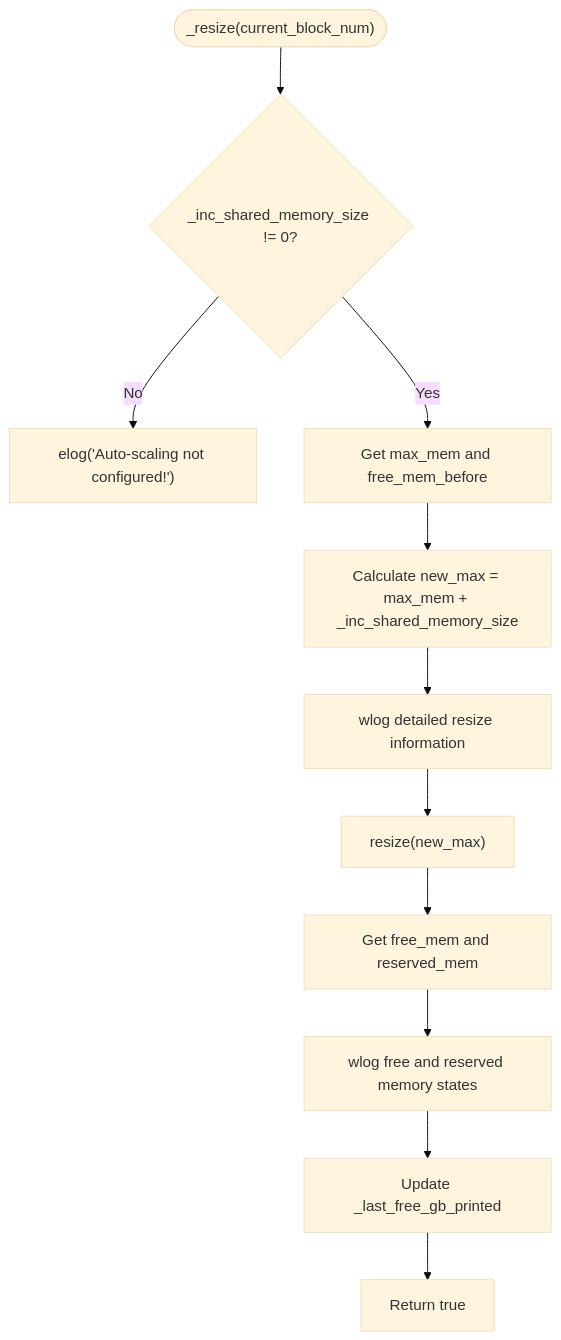
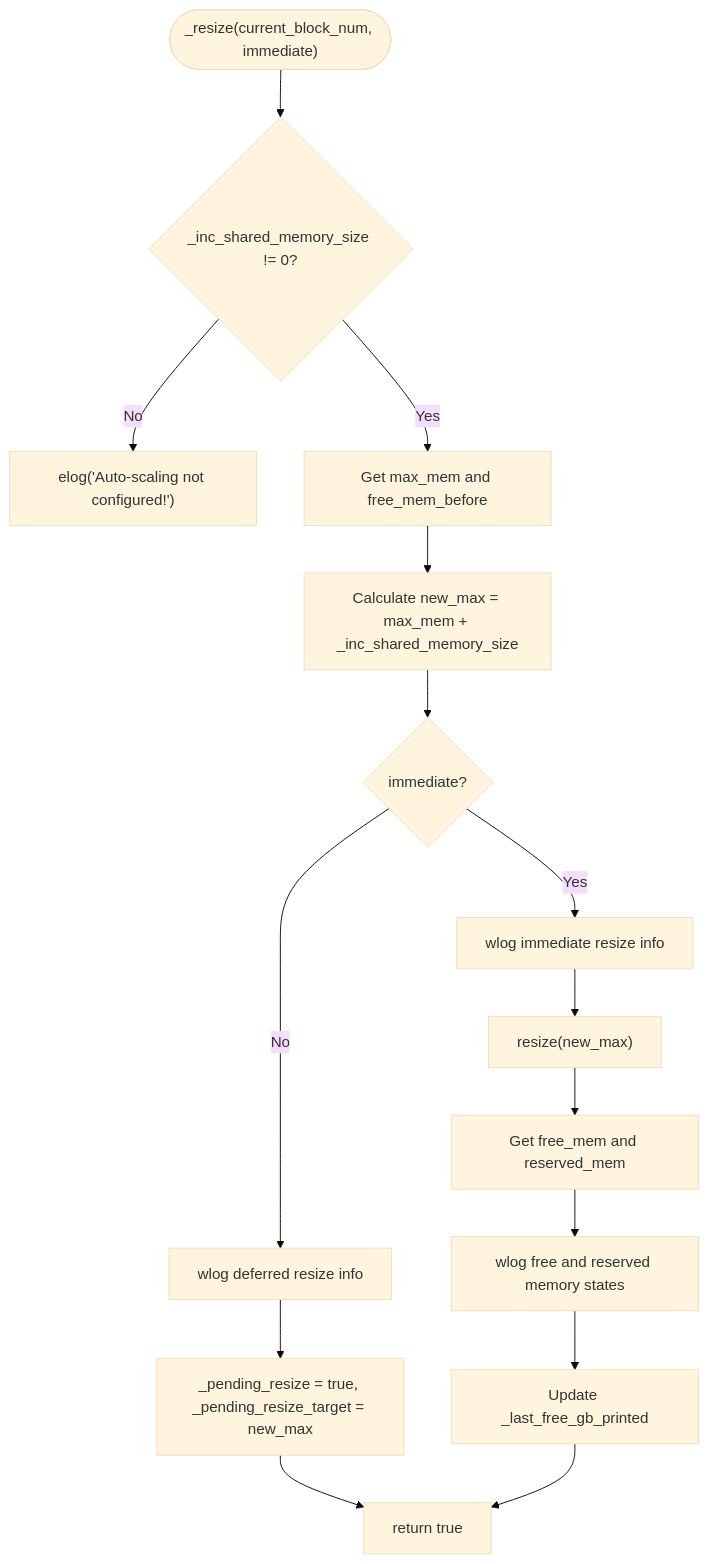
Before and after one commit to VIZ-Blockchain/viz-cpp-node: diagram 13 of 22 in .qoder/repowiki/en/content/Architecture Overview/Core Libraries/Chain Library/Database Management/Database Management.md, drawn with Mermaid (base theme). The commit also changed other lines of this file and 6 other files, not shown here.

First line of the commit message:
feat(database): implement deferred shared memory resize with thread safety

````diff
--- a/.qoder/repowiki/en/content/Architecture Overview/Core Libraries/Chain Library/Database Management/Database Management.md
+++ b/.qoder/repowiki/en/content/Architecture Overview/Core Libraries/Chain Library/Database Management/Database Management.md
@@ -642,13 +649,17 @@
 ```mermaid
 flowchart TD
-Start(["_resize(current_block_num)"]) --> CheckConfig{"_inc_shared_memory_size != 0?"}
+Start(["_resize(current_block_num, immediate)"]) --> CheckConfig{"_inc_shared_memory_size != 0?"}
 CheckConfig --> |No| LogError["elog('Auto-scaling not configured!')"]
 CheckConfig --> |Yes| GetStates["Get max_mem and free_mem_before"]
 GetStates --> CalculateNew["Calculate new_max = max_mem + _inc_shared_memory_size"]
-CalculateNew --> LogResize["wlog detailed resize information"]
+CalculateNew --> CheckImmediate{"immediate?"}
+CheckImmediate --> |No| LogDeferred["wlog deferred resize info"]
+LogDeferred --> SetFlags["_pending_resize = true, _pending_resize_target = new_max"]
+SetFlags --> ReturnTrue["return true"]
+CheckImmediate --> |Yes| LogResize["wlog immediate resize info"]
 LogResize --> ResizeFile["resize(new_max)"]
 ResizeFile --> GetPostState["Get free_mem and reserved_mem"]
 GetPostState --> LogState["wlog free and reserved memory states"]
 LogState --> UpdatePrinted["Update _last_free_gb_printed"]
-UpdatePrinted --> Return["Return true"]
+UpdatePrinted --> ReturnTrue
 ```
````
